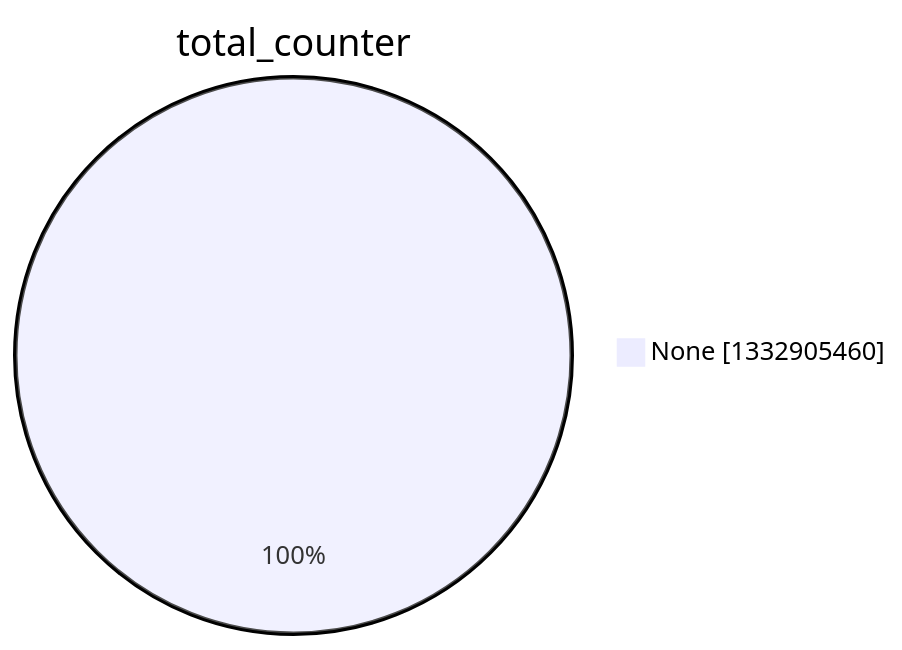
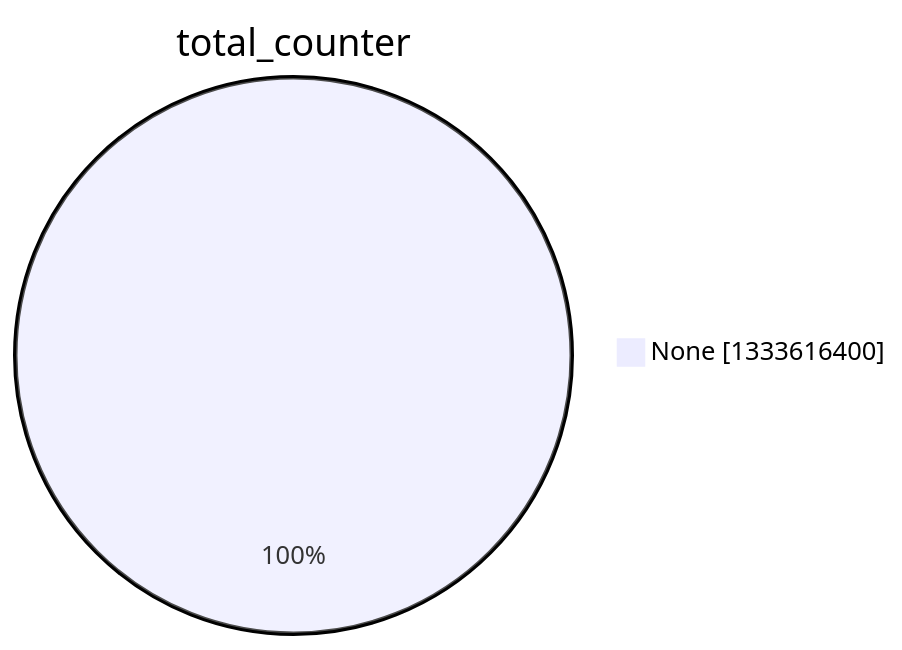
The second of 15 diagrams in argon2022/README.md (christiankrug/ctmonitor_visualization), drawn with Mermaid before and after one commit. The commit also changed other lines of this file, not shown here.

````diff
--- a/argon2022/README.md
+++ b/argon2022/README.md
@@ -9,5 +9,5 @@
 ```mermaid
 pie showData
 title total_counter
-"None" :1332905460
+"None" :1333616400
 ```
````
